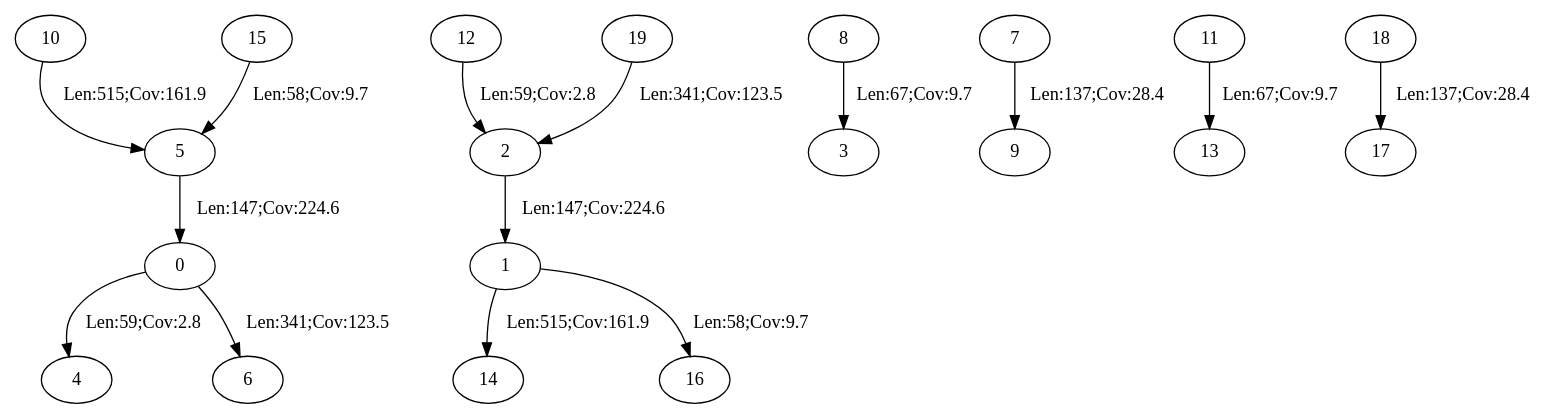
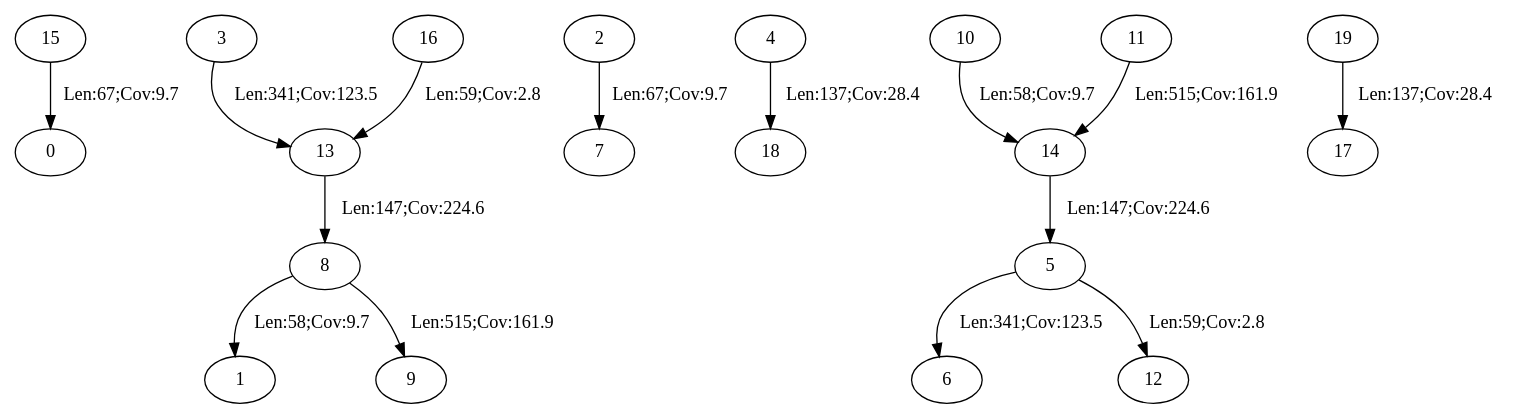
The diagram in hw_5/results_S/full/graph.dot (ovavulov/BI_NGS21_HW), drawn with Graphviz before and after one commit. The commit also changed 52 other files, not shown here.

```diff
--- a/hw_5/results_S/full/graph.dot
+++ b/hw_5/results_S/full/graph.dot
@@ -1,36 +1,36 @@
 digraph {
 0;
 1;
 2;
 3;
 4;
 5;
 6;
 7;
 8;
 9;
 10;
 11;
 12;
 13;
 14;
 15;
 16;
 17;
 18;
 19;
-1 -> 16 [label="Len:58;Cov:9.7"];
-11 -> 13 [label="Len:67;Cov:9.7"];
-8 -> 3 [label="Len:67;Cov:9.7"];
-0 -> 4 [label="Len:59;Cov:2.8"];
-5 -> 0 [label="Len:147;Cov:224.6"];
-15 -> 5 [label="Len:58;Cov:9.7"];
-12 -> 2 [label="Len:59;Cov:2.8"];
-2 -> 1 [label="Len:147;Cov:224.6"];
-7 -> 9 [label="Len:137;Cov:28.4"];
-18 -> 17 [label="Len:137;Cov:28.4"];
-0 -> 6 [label="Len:341;Cov:123.5"];
-10 -> 5 [label="Len:515;Cov:161.9"];
-19 -> 2 [label="Len:341;Cov:123.5"];
-1 -> 14 [label="Len:515;Cov:161.9"];
+10 -> 14 [label="Len:58;Cov:9.7"];
+5 -> 12 [label="Len:59;Cov:2.8"];
+8 -> 1 [label="Len:58;Cov:9.7"];
+16 -> 13 [label="Len:59;Cov:2.8"];
+15 -> 0 [label="Len:67;Cov:9.7"];
+2 -> 7 [label="Len:67;Cov:9.7"];
+19 -> 17 [label="Len:137;Cov:28.4"];
+14 -> 5 [label="Len:147;Cov:224.6"];
+13 -> 8 [label="Len:147;Cov:224.6"];
+8 -> 9 [label="Len:515;Cov:161.9"];
+3 -> 13 [label="Len:341;Cov:123.5"];
+4 -> 18 [label="Len:137;Cov:28.4"];
+5 -> 6 [label="Len:341;Cov:123.5"];
+11 -> 14 [label="Len:515;Cov:161.9"];
 }
```
